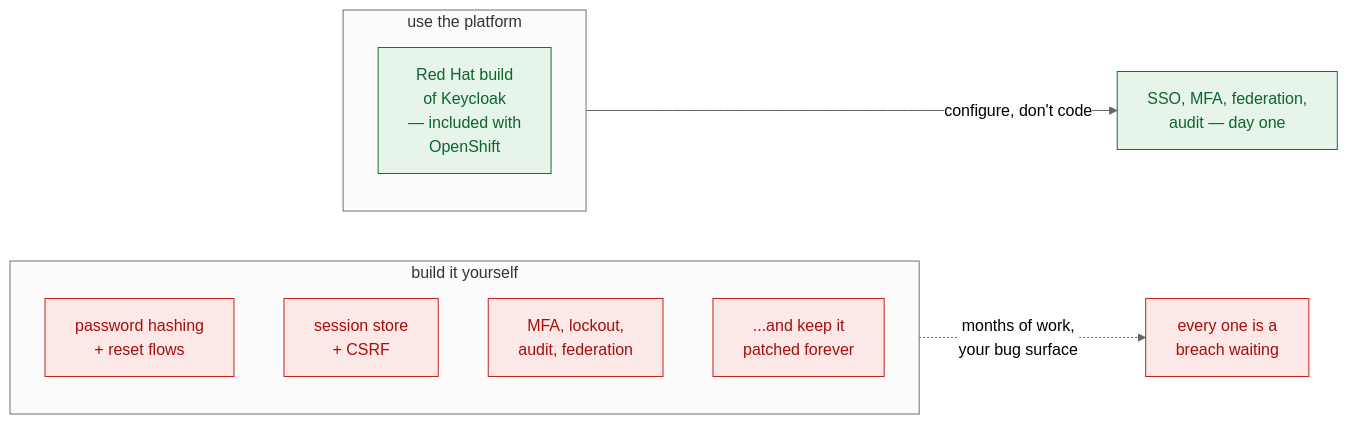
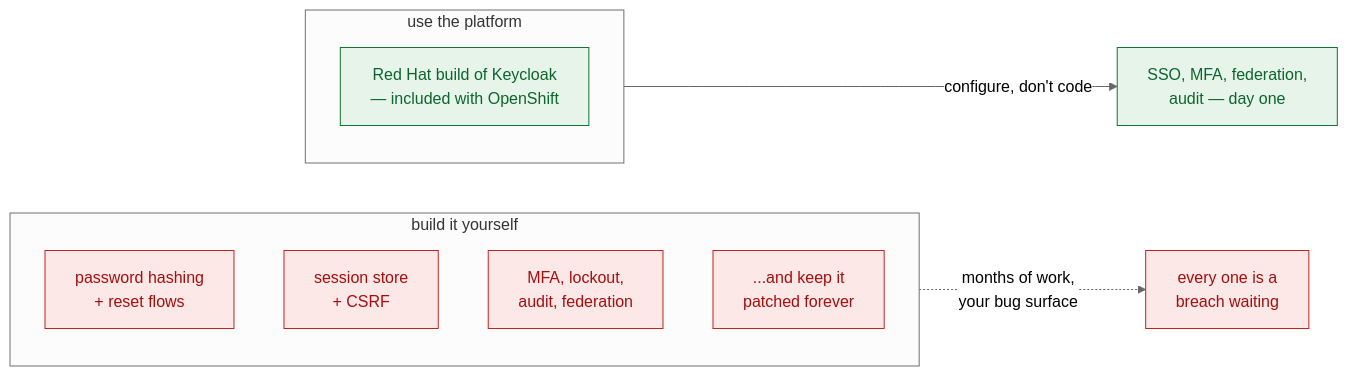
The diagram in content/modules/ROOT/examples/diagrams/securing-apps-keycloak/03-build-vs-buy.mmd (serhat-dirik/OCP-Getting-Started-Revamped), drawn with Mermaid (neutral theme) before and after one commit. The commit also changed 23 other files, not shown here.

```diff
--- a/content/modules/ROOT/examples/diagrams/securing-apps-keycloak/03-build-vs-buy.mmd
+++ b/content/modules/ROOT/examples/diagrams/securing-apps-keycloak/03-build-vs-buy.mmd
@@ -1,16 +1,22 @@
+%% Build vs buy — Securing Apps with Keycloak.
+%% Everything you would have to write yourself, against the thing that ships with the platform.
+%% concept.adoc pins the K node: "Red Hat build of Keycloak is included with your OpenShift
+%% subscription."
+%% Rewrapped 2026-08-23: `K` carried four label lines against its four one-break siblings, so it
+%% set the height of its whole rank. Same words, two lines.
 flowchart LR
   subgraph BUILD["build it yourself"]
     B1["password hashing<br/>+ reset flows"]
     B2["session store<br/>+ CSRF"]
     B3["MFA, lockout,<br/>audit, federation"]
     B4["...and keep it<br/>patched forever"]
   end
   subgraph BUY["use the platform"]
-    K["Red Hat build<br/>of Keycloak<br/>— included with<br/>OpenShift"]
+    K["Red Hat build of Keycloak<br/>— included with OpenShift"]
   end
   BUILD -.->|"months of work,<br/>your bug surface"| RISK["every one is a<br/>breach waiting"]
   BUY -->|"configure, don't code"| DONE["SSO, MFA, federation,<br/>audit — day one"]
   classDef bad fill:#fce8e6,stroke:#c5221f,color:#a50e0e;
   classDef good fill:#e6f4ea,stroke:#137333,color:#0d652d;
   class B1,B2,B3,B4,RISK bad;
   class K,DONE good;
```
